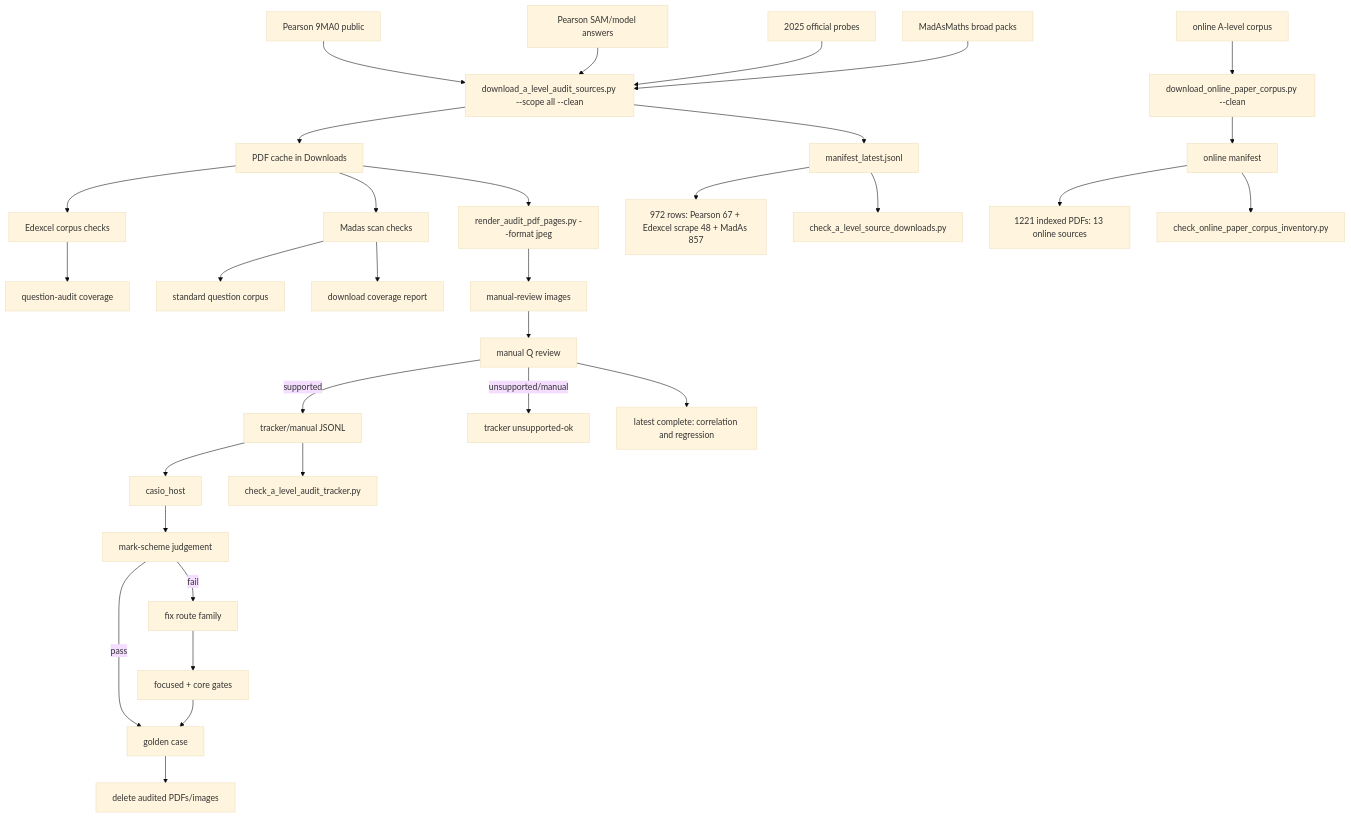
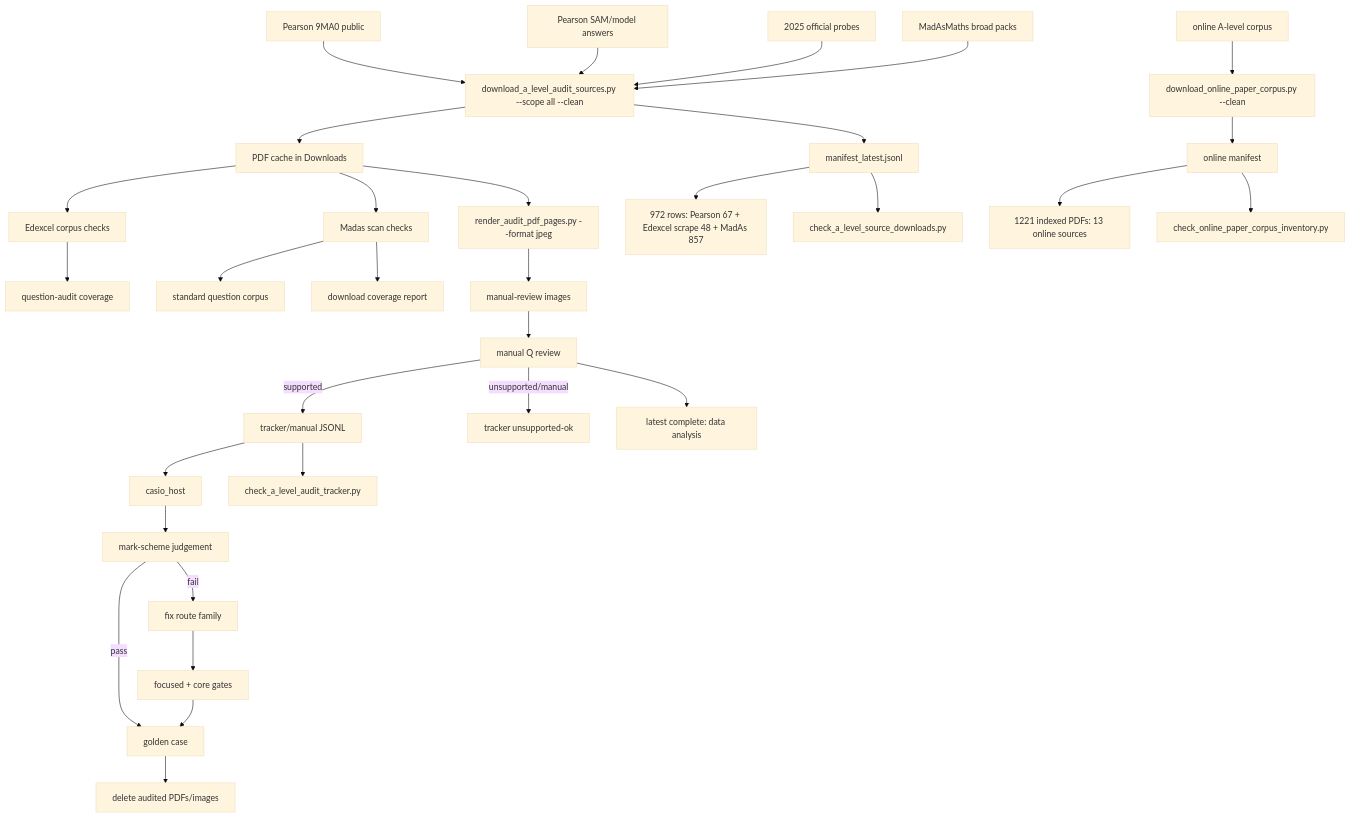
Before and after one commit to james8464/notes-addin-casio-fx-cg50: the diagram in c++/tools/golden/a_level_audit_graph.md, drawn with Mermaid (base theme). The commit also changed other lines of this file and 2 other files, not shown here.

Commit message:
Audit data analysis booklet

````diff
--- a/c++/tools/golden/a_level_audit_graph.md
+++ b/c++/tools/golden/a_level_audit_graph.md
@@ -3,34 +3,34 @@
 ```mermaid
 graph TD
   E1["Pearson 9MA0 public"] --> D["download_a_level_audit_sources.py --scope all --clean"]
   E2["Pearson SAM/model answers"] --> D
   E3["2025 official probes"] --> D
   M1["MadAsMaths broad packs"] --> D
   O1["online A-level corpus"] --> OD["download_online_paper_corpus.py --clean"]
   D --> P["PDF cache in Downloads"]
   D --> X["manifest_latest.jsonl"]
   OD --> OX["online manifest"]
   X --> XC["972 rows: Pearson 67 + Edexcel scrape 48 + MadAs 857"]
   OX --> OC["1221 indexed PDFs: 13 online sources"]
   X --> V["check_a_level_source_downloads.py"]
   OX --> OV["check_online_paper_corpus_inventory.py"]
   P --> E["Edexcel corpus checks"]
   E --> EQ["question-audit coverage"]
   P --> S["Madas scan checks"]
   S --> M["standard question corpus"]
   S --> MC["download coverage report"]
   P --> R["render_audit_pdf_pages.py --format jpeg"]
   R --> I["manual-review images"]
   I --> Q["manual Q review"]
   Q -->|supported| J["tracker/manual JSONL"]
   Q -->|unsupported/manual| U["tracker unsupported-ok"]
   J --> H["casio_host"]
   J --> K["check_a_level_audit_tracker.py"]
   H --> C["mark-scheme judgement"]
   C -->|pass| G["golden case"]
   C -->|fail| F["fix route family"]
   F --> T["focused + core gates"]
   T --> G
   G --> Z["delete audited PDFs/images"]
-  Q --> QCorr["latest complete: correlation and regression"]
+  Q --> QData["latest complete: data analysis"]
 ```
````
